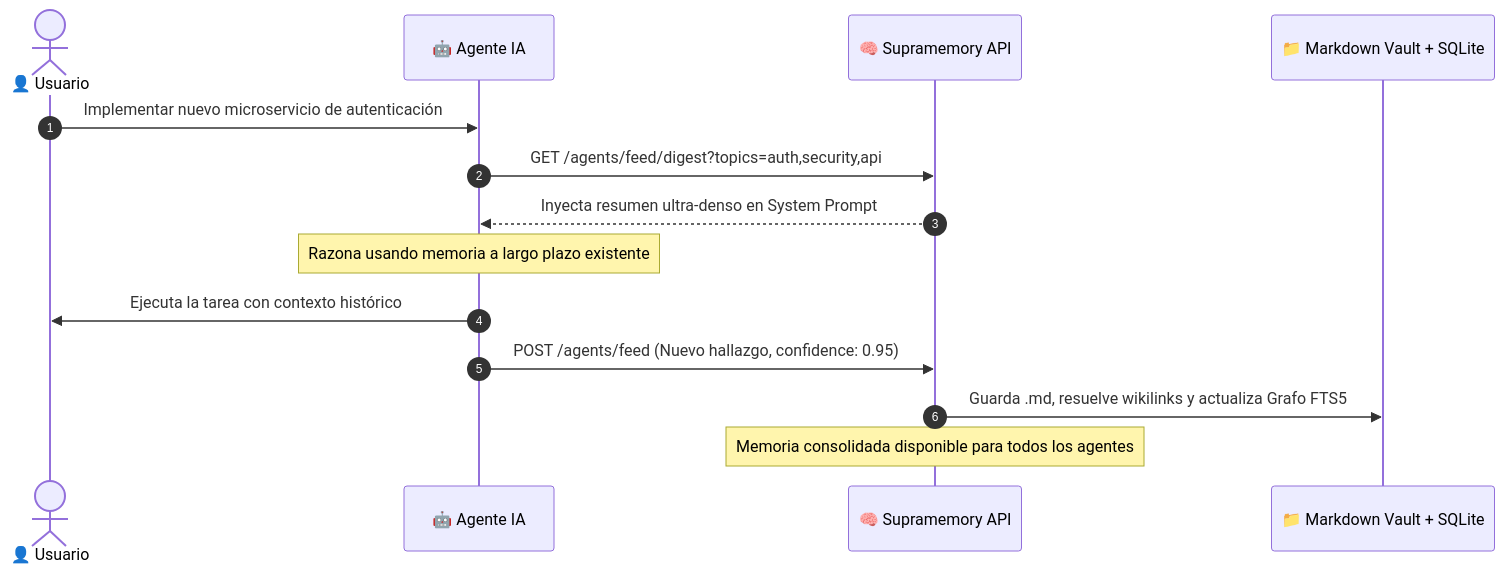
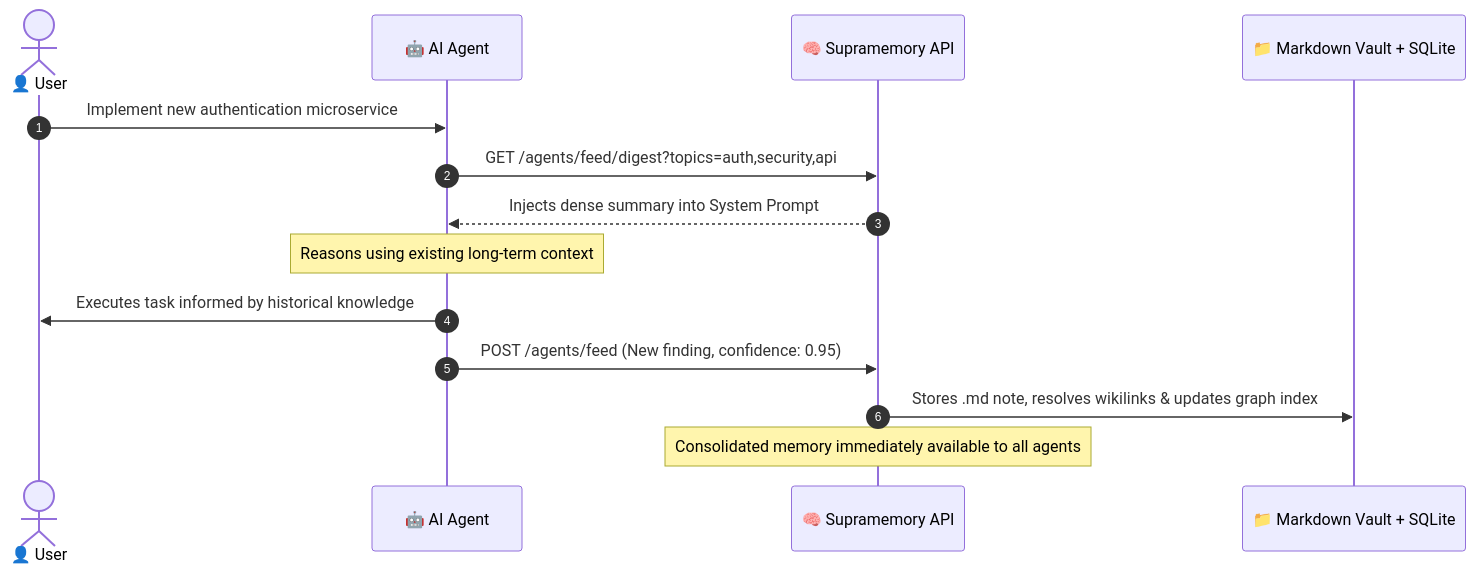
Before and after one commit to MikelCuellar/supramemory: the first of 3 diagrams in README.md, drawn with Mermaid. The commit also changed other lines of this file and 1 other file, not shown here.

````diff
--- a/README.md
+++ b/README.md
@@ -99,17 +101,17 @@
 ```mermaid
 sequenceDiagram
     autonumber
-    actor User as 👤 Usuario
-    participant Agent as 🤖 Agente IA
+    actor User as 👤 User
+    participant Agent as 🤖 AI Agent
     participant Supra as 🧠 Supramemory API
     participant Vault as 📁 Markdown Vault + SQLite
 
-    User->>Agent: Implementar nuevo microservicio de autenticación
+    User->>Agent: Implement new authentication microservice
     Agent->>Supra: GET /agents/feed/digest?topics=auth,security,api
-    Supra-->>Agent: Inyecta resumen ultra-denso en System Prompt
-    Note over Agent: Razona usando memoria a largo plazo existente
-    Agent->>User: Ejecuta la tarea con contexto histórico
-    Agent->>Supra: POST /agents/feed (Nuevo hallazgo, confidence: 0.95)
-    Supra->>Vault: Guarda .md, resuelve wikilinks y actualiza Grafo FTS5
-    Note over Supra: Memoria consolidada disponible para todos los agentes
+    Supra-->>Agent: Injects dense summary into System Prompt
+    Note over Agent: Reasons using existing long-term context
+    Agent->>User: Executes task informed by historical knowledge
+    Agent->>Supra: POST /agents/feed (New finding, confidence: 0.95)
+    Supra->>Vault: Stores .md note, resolves wikilinks & updates graph index
+    Note over Supra: Consolidated memory immediately available to all agents
 ```
````
